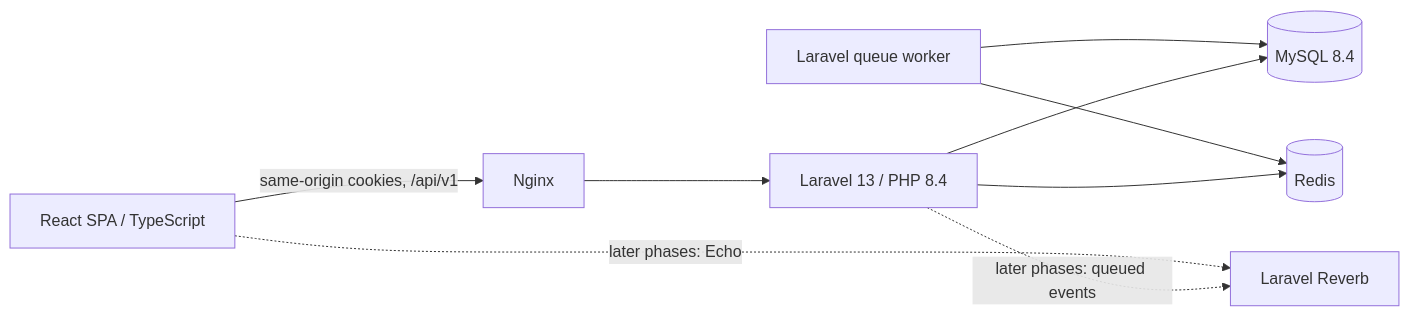
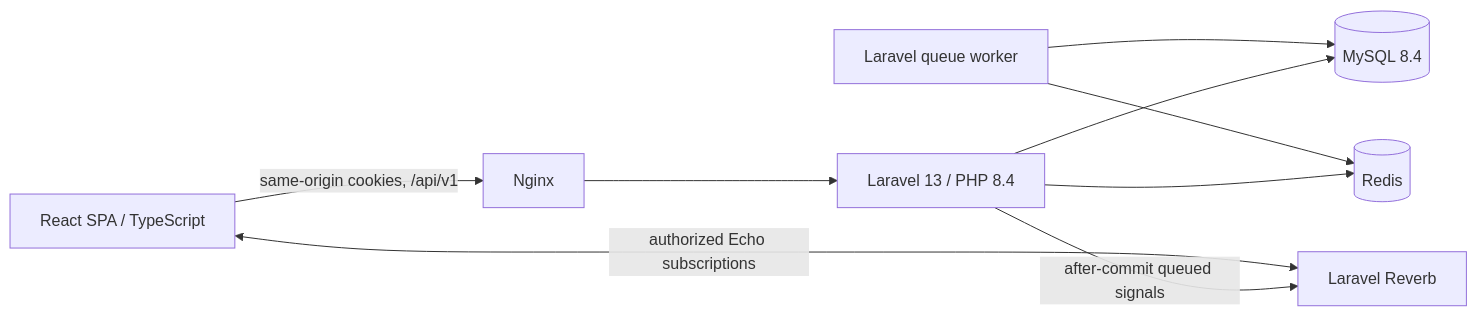
One commit to judedorant/WebRchat changed the diagram in docs/architecture.md. Above: the diagram before and after it, drawn with Mermaid. The commit also changed other lines of this file and 99 other files, not shown here.

````diff
--- a/docs/architecture.md
+++ b/docs/architecture.md
@@ -7,11 +7,11 @@
 ```mermaid
 flowchart LR
     Browser[React SPA / TypeScript] -->|same-origin cookies, /api/v1| Web[Nginx]
     Web --> PHP[Laravel 13 / PHP 8.4]
     PHP --> DB[(MySQL 8.4)]
     PHP --> Cache[(Redis)]
     Worker[Laravel queue worker] --> Cache
     Worker --> DB
-    PHP -. later phases: queued events .-> Reverb[Laravel Reverb]
-    Browser -. later phases: Echo .-> Reverb
+    PHP -->|after-commit queued signals| Reverb[Laravel Reverb]
+    Browser <-->|authorized Echo subscriptions| Reverb
 ```
````
